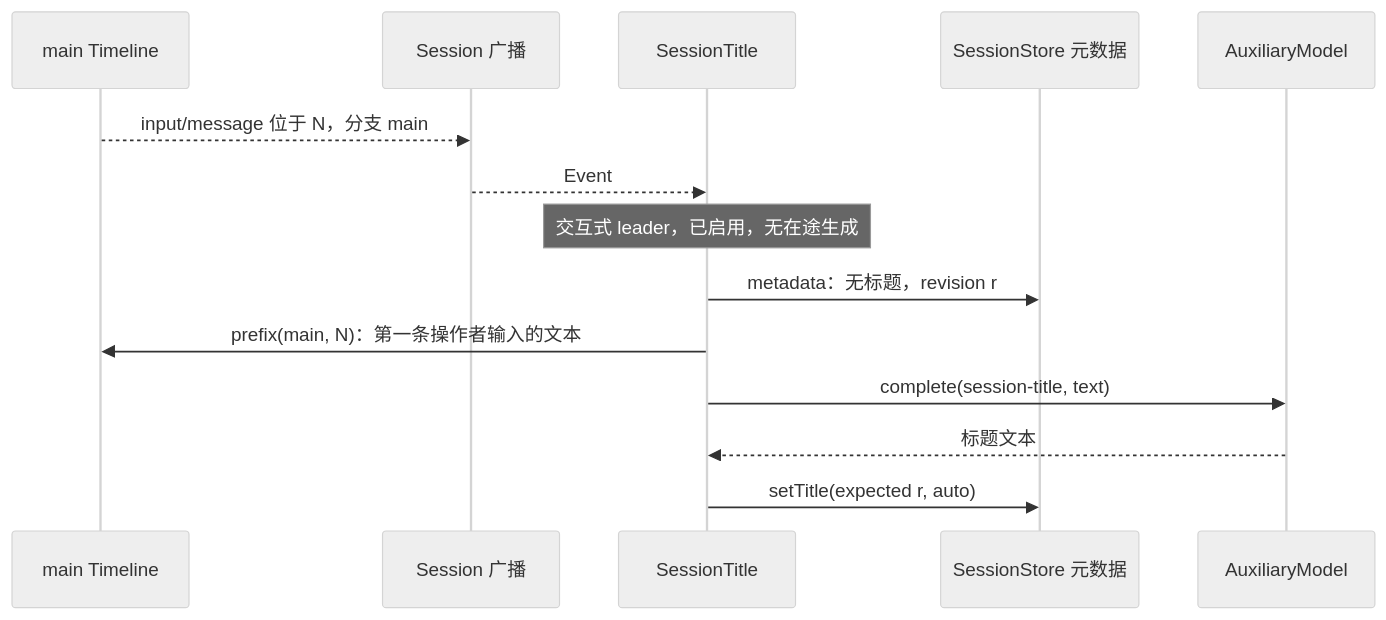
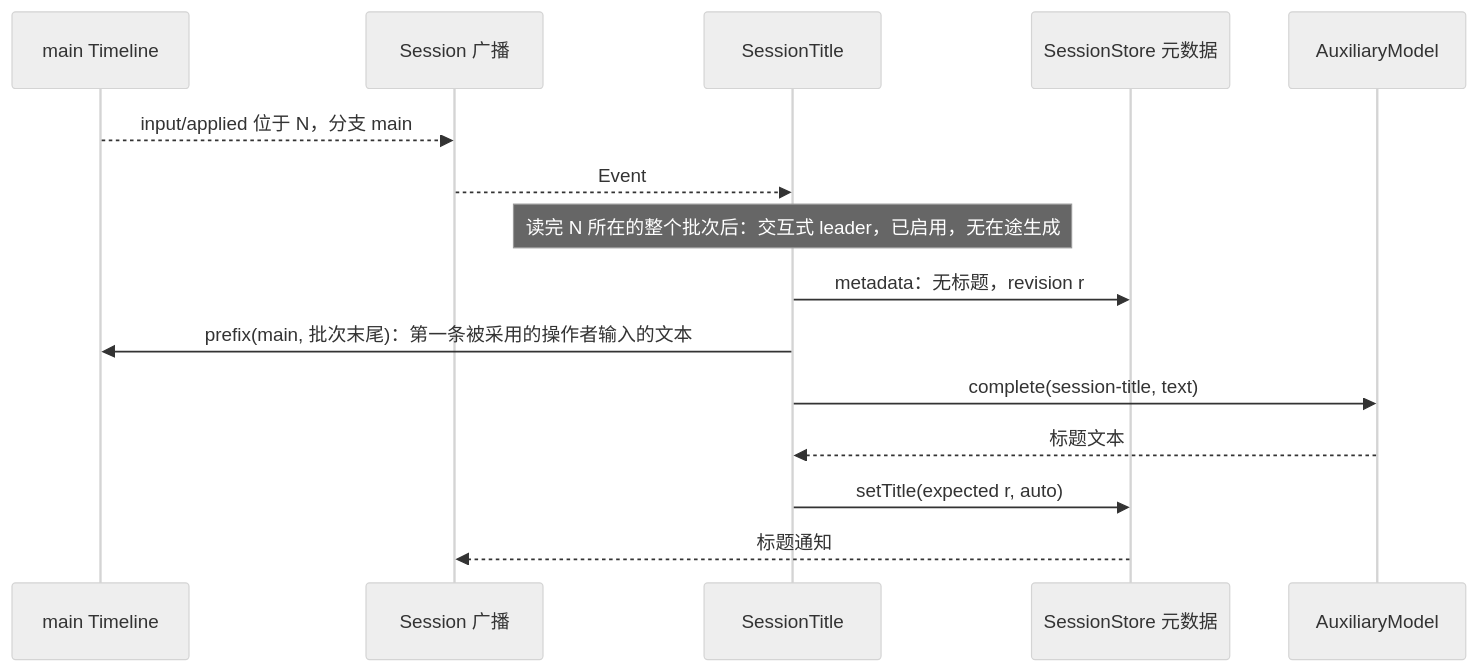
Before and after one commit to CoutinhoTTS/dim-agent: the third of 5 diagrams in docs/zh/design/plugins/SessionTitle.md, drawn with Mermaid (neutral theme). The commit also changed other lines of this file and 42 other files, not shown here.

````diff
--- a/docs/zh/design/plugins/SessionTitle.md
+++ b/docs/zh/design/plugins/SessionTitle.md
@@ -68,16 +69,17 @@
 ```mermaid
 sequenceDiagram
   participant TL as main Timeline
   participant SB as Session 广播
   participant ST as SessionTitle
   participant Meta as SessionStore 元数据
   participant Aux as AuxiliaryModel
-  TL-->>SB: input/message 位于 N，分支 main
+  TL-->>SB: input/applied 位于 N，分支 main
   SB-->>ST: Event
-  Note over ST: 交互式 leader，已启用，无在途生成
+  Note over ST: 读完 N 所在的整个批次后：交互式 leader，已启用，无在途生成
   ST->>Meta: metadata：无标题，revision r
-  ST->>TL: prefix(main, N)：第一条操作者输入的文本
+  ST->>TL: prefix(main, 批次末尾)：第一条被采用的操作者输入的文本
   ST->>Aux: complete(session-title, text)
   Aux-->>ST: 标题文本
   ST->>Meta: setTitle(expected r, auto)
+  Meta-->>SB: 标题通知
 ```
````
